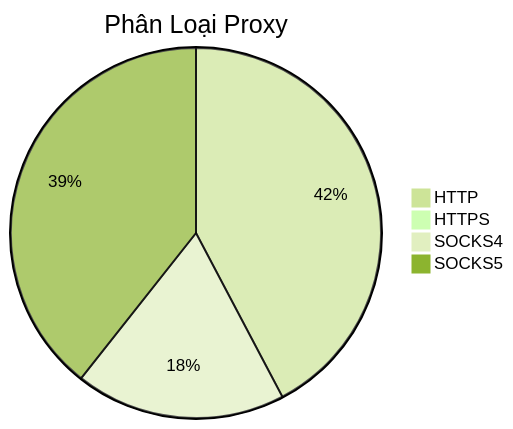
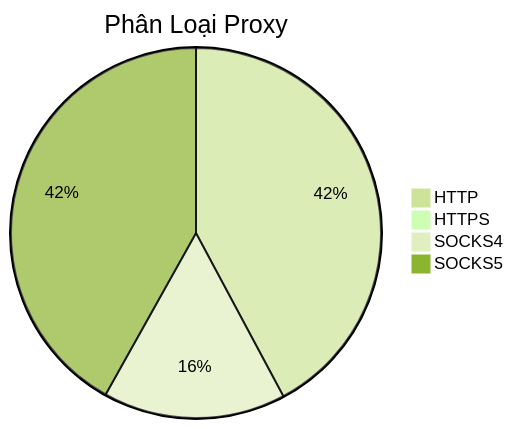
The diagram in README.md (Ciara-12/PROXY-free), drawn with Mermaid (forest theme) before and after one commit. The commit also changed other lines of this file and 4 other files, not shown here.

````diff
--- a/README.md
+++ b/README.md
@@ -26,7 +26,7 @@
 ```mermaid
 pie title Phân Loại Proxy
-    "HTTP" : 780
+    "HTTP" : 1135
     "HTTPS" : 3
-    "SOCKS4" : 339
-    "SOCKS5" : 726
+    "SOCKS4" : 429
+    "SOCKS5" : 1127
 ```
````
